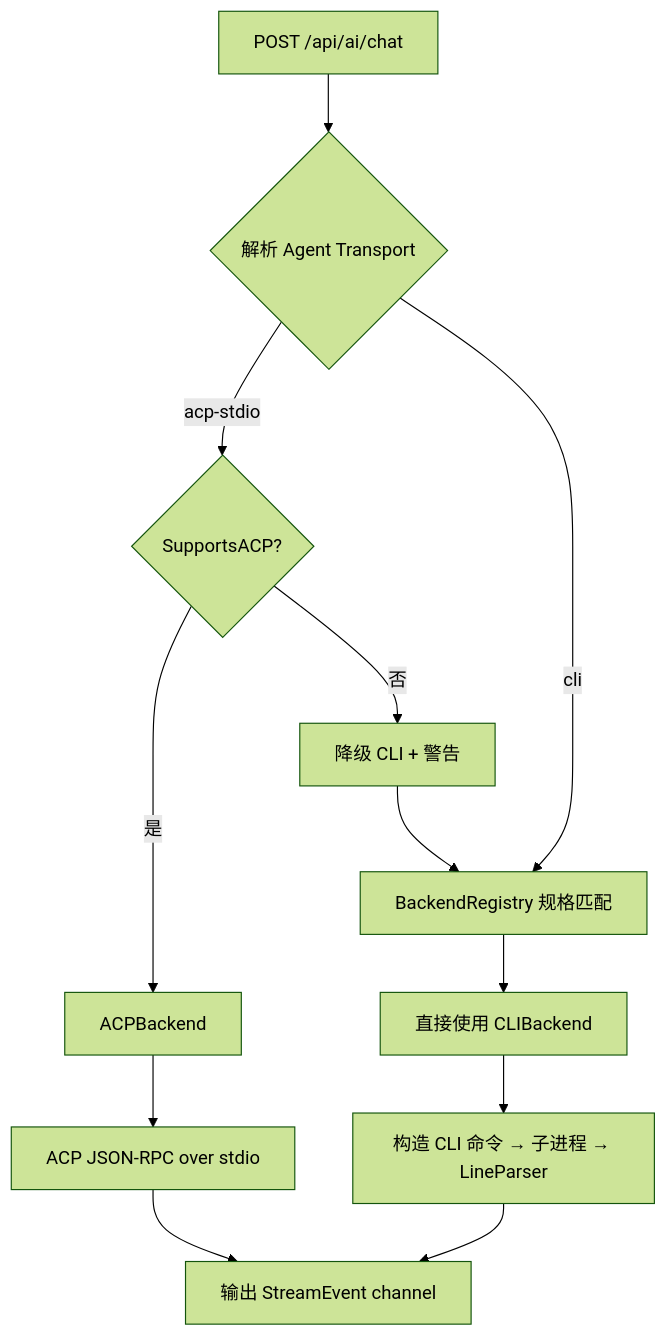
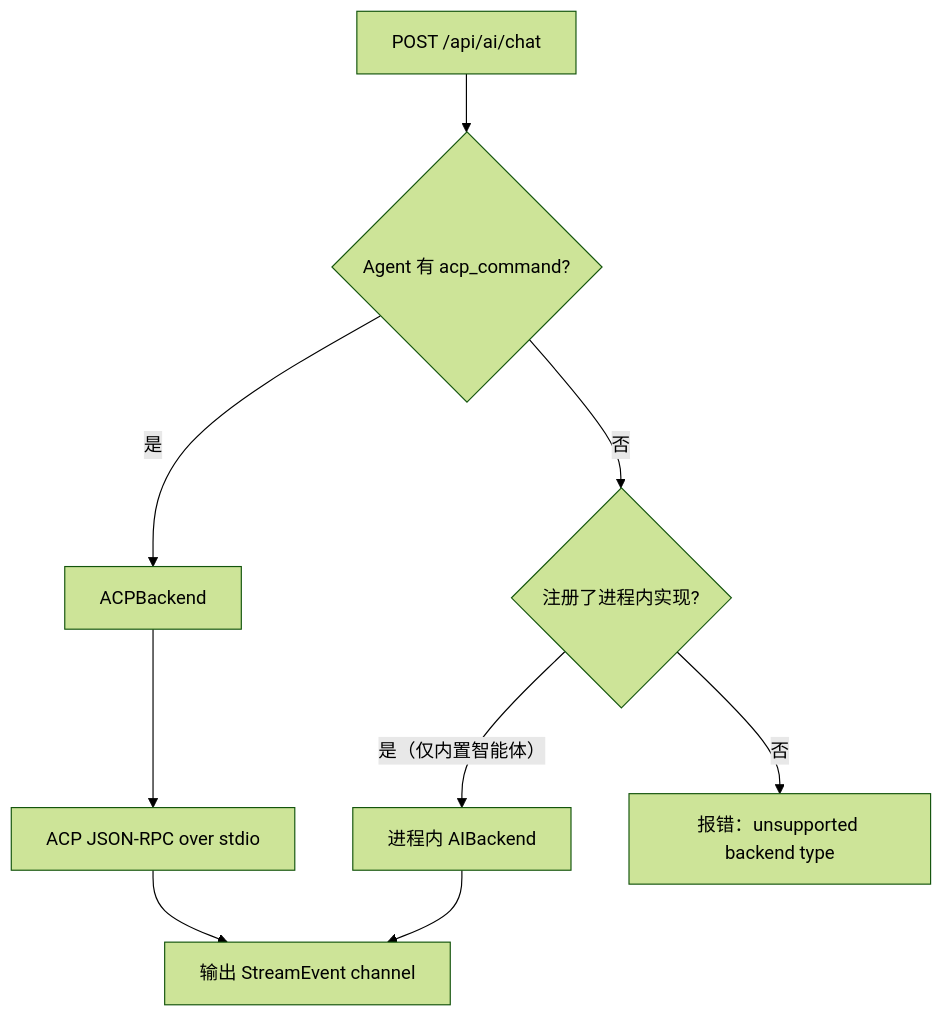
Before and after one commit to clawbench-dev/clawbench: the first of 3 diagrams in docs/spec/core/ai-backend.md, drawn with Mermaid (forest theme). The commit also changed other lines of this file and 167 other files, not shown here.

First line of the commit message:
refactor(ai): 支持 ACP 的智能体不再保留 CLI 传输

````diff
--- a/docs/spec/core/ai-backend.md
+++ b/docs/spec/core/ai-backend.md
@@ -9,15 +9,11 @@
 ```mermaid
 flowchart TD
-    A[POST /api/ai/chat] --> B{解析 Agent Transport}
-    B -->|acp-stdio| C{SupportsACP?}
-    C -->|是| D[ACPBackend]
-    C -->|否| E[降级 CLI + 警告]
-    B -->|cli| F[BackendRegistry 规格匹配]
-
+    A[POST /api/ai/chat] --> B{Agent 有 acp_command?}
+    B -->|是| D[ACPBackend]
+    B -->|否| F{注册了进程内实现?}
     D --> G[ACP JSON-RPC over stdio]
-    E --> F
-    F --> J[直接使用 CLIBackend]
-    J --> K[构造 CLI 命令 → 子进程 → LineParser]
     G --> L[输出 StreamEvent channel]
-    K --> L
+    F -->|是（仅内置智能体）| J[进程内 AIBackend]
+    F -->|否| E[报错：unsupported backend type]
+    J --> L
 ```
````
